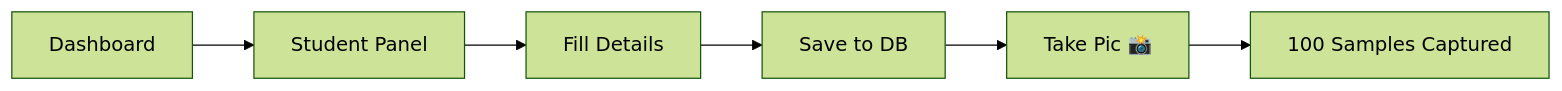
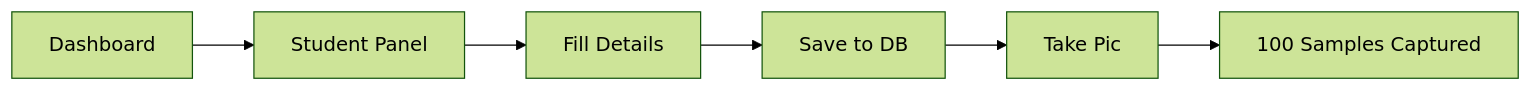
The diagram in README.md (SaiSriRam-Vanama/Attendance-Management-System), drawn with Mermaid (forest theme) before and after one commit. The commit also changed other lines of this file, not shown here.

````diff
--- a/README.md
+++ b/README.md
@@ -258,8 +257,8 @@
 ```mermaid
 graph LR
     A[Dashboard] --> B[Student Panel]
     B --> C[Fill Details]
     C --> D[Save to DB]
-    D --> E[Take Pic 📸]
+    D --> E[Take Pic]
     E --> F[100 Samples Captured]
 ```
````
